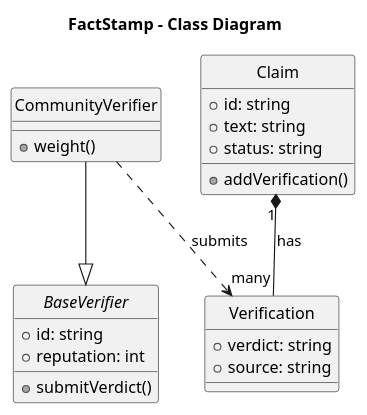
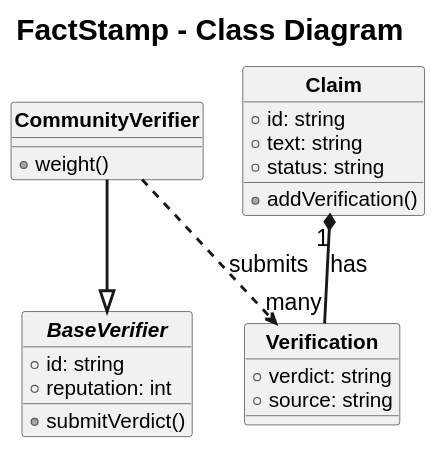
Before and after one commit to aadish0day/typst: the fourth of 12 diagrams in FactStamp/Rules/Diagram-rules.md, drawn with PlantUML. The commit also changed other lines of this file and 67 other files, not shown here.

````diff
--- a/FactStamp/Rules/Diagram-rules.md
+++ b/FactStamp/Rules/Diagram-rules.md
@@ -190,34 +236,42 @@
 ```plantuml
 @startuml
 skinparam style strictuml
 skinparam monochrome true
-skinparam defaultFontName "Times New Roman"
+skinparam defaultFontName "Liberation Sans"
+skinparam defaultFontSize 20
+skinparam defaultFontStyle bold
+skinparam titleFontSize 26
+skinparam titleFontStyle bold
+skinparam ClassFontSize 22
+skinparam ClassFontStyle bold
+skinparam ClassAttributeFontSize 18
+skinparam ArrowThickness 2.5
 title FactStamp - Class Diagram
 
 abstract class BaseVerifier {
   +id: string
   +reputation: int
   +submitVerdict()
 }
 
 class CommunityVerifier {
   +weight()
 }
 
 class Claim {
   +id: string
   +text: string
   +status: string
   +addVerification()
 }
 
 class Verification {
   +verdict: string
   +source: string
 }
 
 CommunityVerifier --|> BaseVerifier
 CommunityVerifier ..> Verification : submits
 Claim "1" *-- "many" Verification : has
 @enduml
 ```
````
